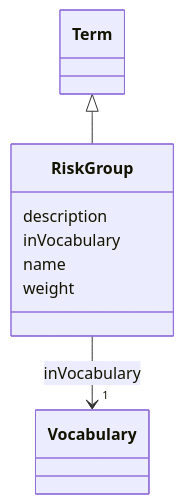
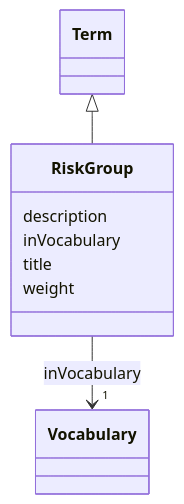
Before and after one commit to EVORA-project/evora-ontology: the diagram in models/docs/RiskGroup.md, drawn with Mermaid. The commit also changed other lines of this file and 435 other files, not shown here.

````diff
--- a/models/docs/RiskGroup.md
+++ b/models/docs/RiskGroup.md
@@ -19,24 +19,24 @@
 ```mermaid
  classDiagram
     class RiskGroup
     click RiskGroup href "../RiskGroup"
       Term <|-- RiskGroup
         click Term href "../Term"
       
       RiskGroup : description
         
       RiskGroup : inVocabulary
         
           
     
     
     RiskGroup --> "1" Vocabulary : inVocabulary
     click Vocabulary href "../Vocabulary"
 
         
-      RiskGroup : name
+      RiskGroup : title
         
       RiskGroup : weight
         
       
 ```
````
